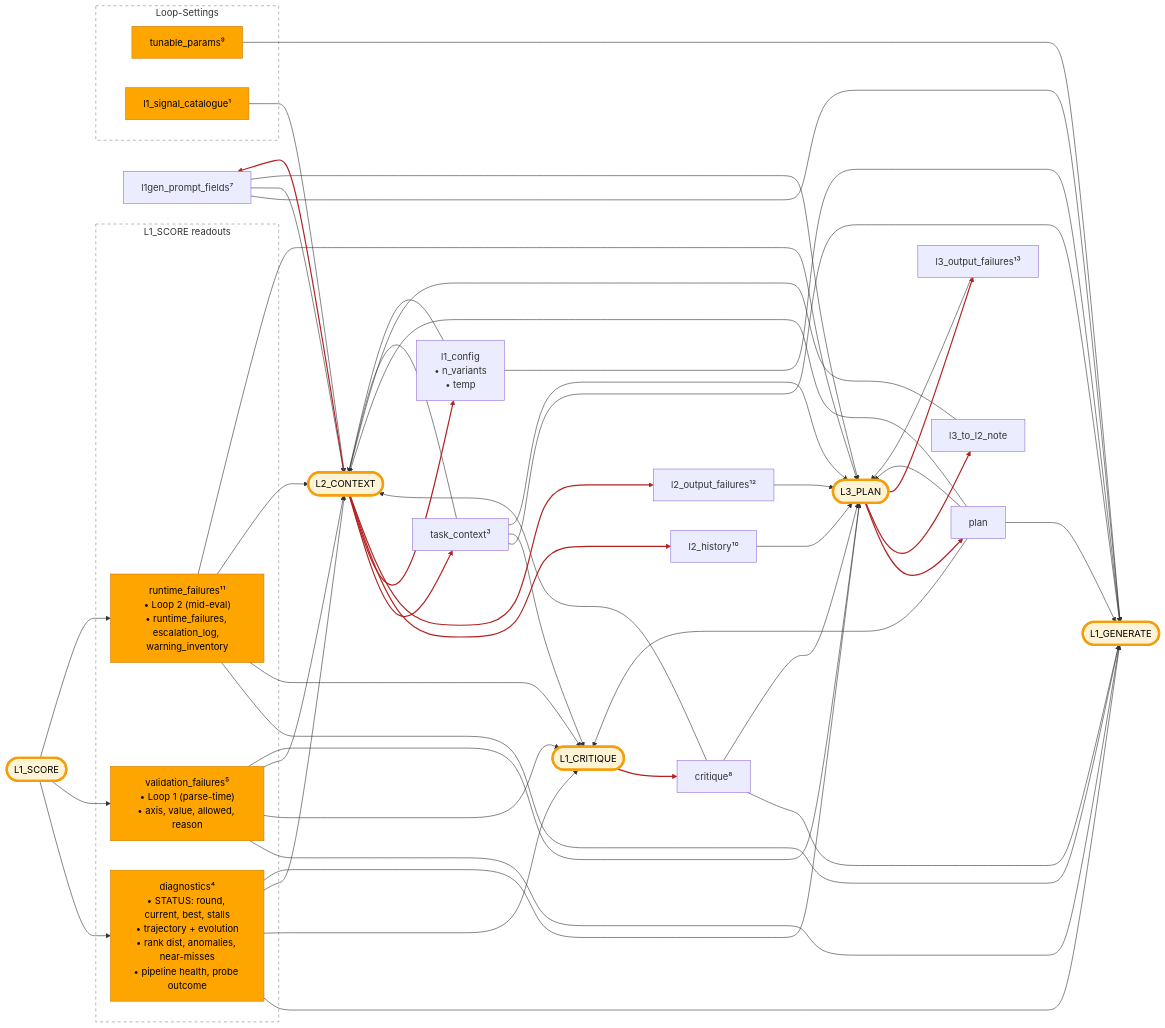
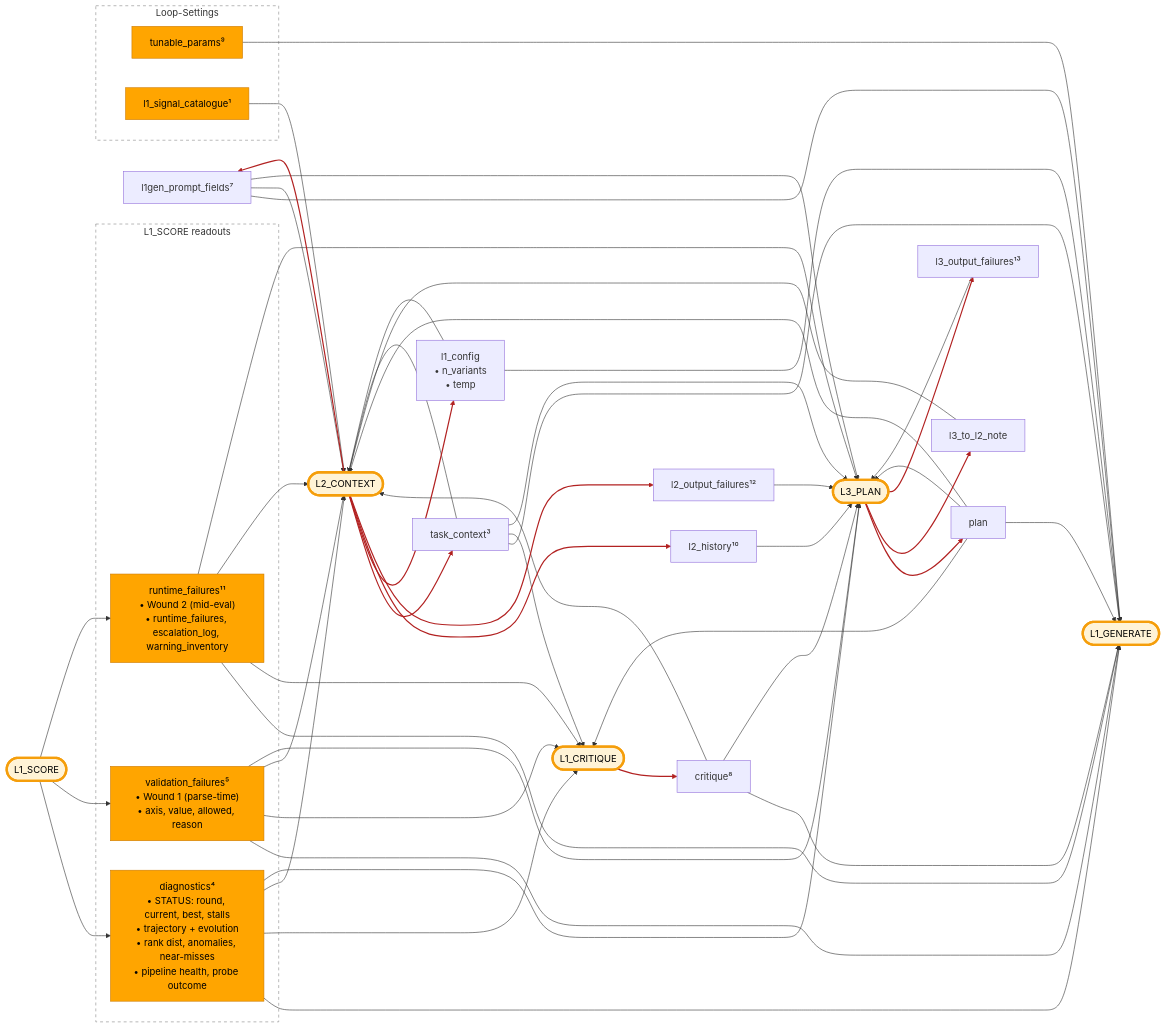
Before and after one commit to PromptPotter/prompt-potter-optimizer: the diagram in docs/developer/dispatch-hub.md, drawn with Mermaid. The commit also changed other lines of this file and 17 other files, not shown here.

```diff
--- a/docs/developer/dispatch-hub.md
+++ b/docs/developer/dispatch-hub.md
@@ -27,8 +27,8 @@
   %% accumulate on OptSearchPoint cross-round.
   subgraph SR["L1_SCORE readouts"]
     DIAG["diagnostics⁴<br/>• STATUS: round, current, best, stalls<br/>• trajectory + evolution<br/>• rank dist, anomalies, near-misses<br/>• pipeline health, probe outcome"]:::det
-    VFAIL["validation_failures⁵<br/>• Loop 1 (parse-time)<br/>• axis, value, allowed, reason"]:::det
-    RFAIL["runtime_failures¹¹<br/>• Loop 2 (mid-eval)<br/>• runtime_failures, escalation_log, warning_inventory"]:::det
+    VFAIL["validation_failures⁵<br/>• Wound 1 (parse-time)<br/>• axis, value, allowed, reason"]:::det
+    RFAIL["runtime_failures¹¹<br/>• Wound 2 (mid-eval)<br/>• runtime_failures, escalation_log, warning_inventory"]:::det
   end
   style SR fill:none,stroke:#888,stroke-dasharray: 5 5
 
@@ -87,7 +87,7 @@
   RFAIL --> L1C
 
   %% L2_CONTEXT inputs — sees measurement-derived failures only.
-  %% L2 doesn't see l2_output_failures because Loop 4 fires L3 immediately
+  %% L2 doesn't see l2_output_failures because Wound 4 fires L3 immediately
   %% when they appear; L3 replans, then L2 fires fresh against the new plan.
   PLAN --> L2P
   L3N --> L2P
```
